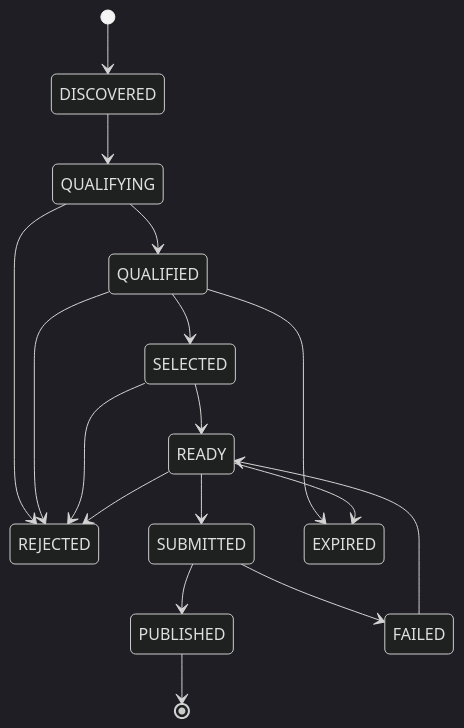
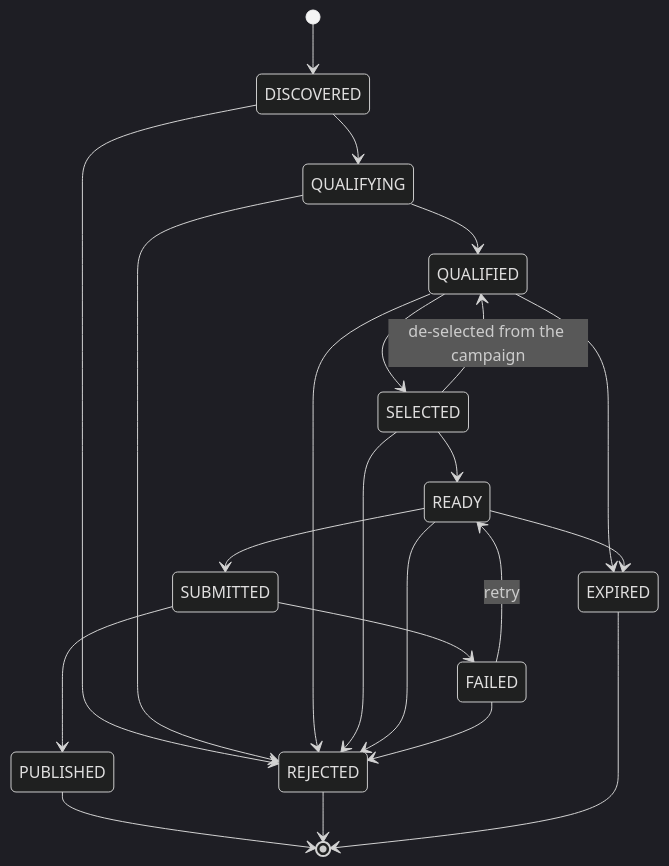
Before and after one commit to andola-dev/buildseo: the second of 3 diagrams in docs/ARCHITECTURE.md, drawn with Mermaid (dark theme). The commit also changed other lines of this file and 3 other files, not shown here.

First line of the commit message:
docs: add seed script and README, sync architecture doc with the code

````diff
--- a/docs/ARCHITECTURE.md
+++ b/docs/ARCHITECTURE.md
@@ -929,19 +1066,24 @@
 ```mermaid
 stateDiagram-v2
     [*] --> DISCOVERED
     DISCOVERED --> QUALIFYING
+    DISCOVERED --> REJECTED
     QUALIFYING --> QUALIFIED
     QUALIFYING --> REJECTED
     QUALIFIED --> SELECTED
     QUALIFIED --> REJECTED
+    QUALIFIED --> EXPIRED
     SELECTED --> READY
+    SELECTED --> QUALIFIED : de-selected from the campaign
     SELECTED --> REJECTED
     READY --> SUBMITTED
     READY --> REJECTED
+    READY --> EXPIRED
     SUBMITTED --> PUBLISHED
     SUBMITTED --> FAILED
-    FAILED --> READY
-    QUALIFIED --> EXPIRED
-    READY --> EXPIRED
+    FAILED --> READY : retry
+    FAILED --> REJECTED
     PUBLISHED --> [*]
+    REJECTED --> [*]
+    EXPIRED --> [*]
 ```
````
